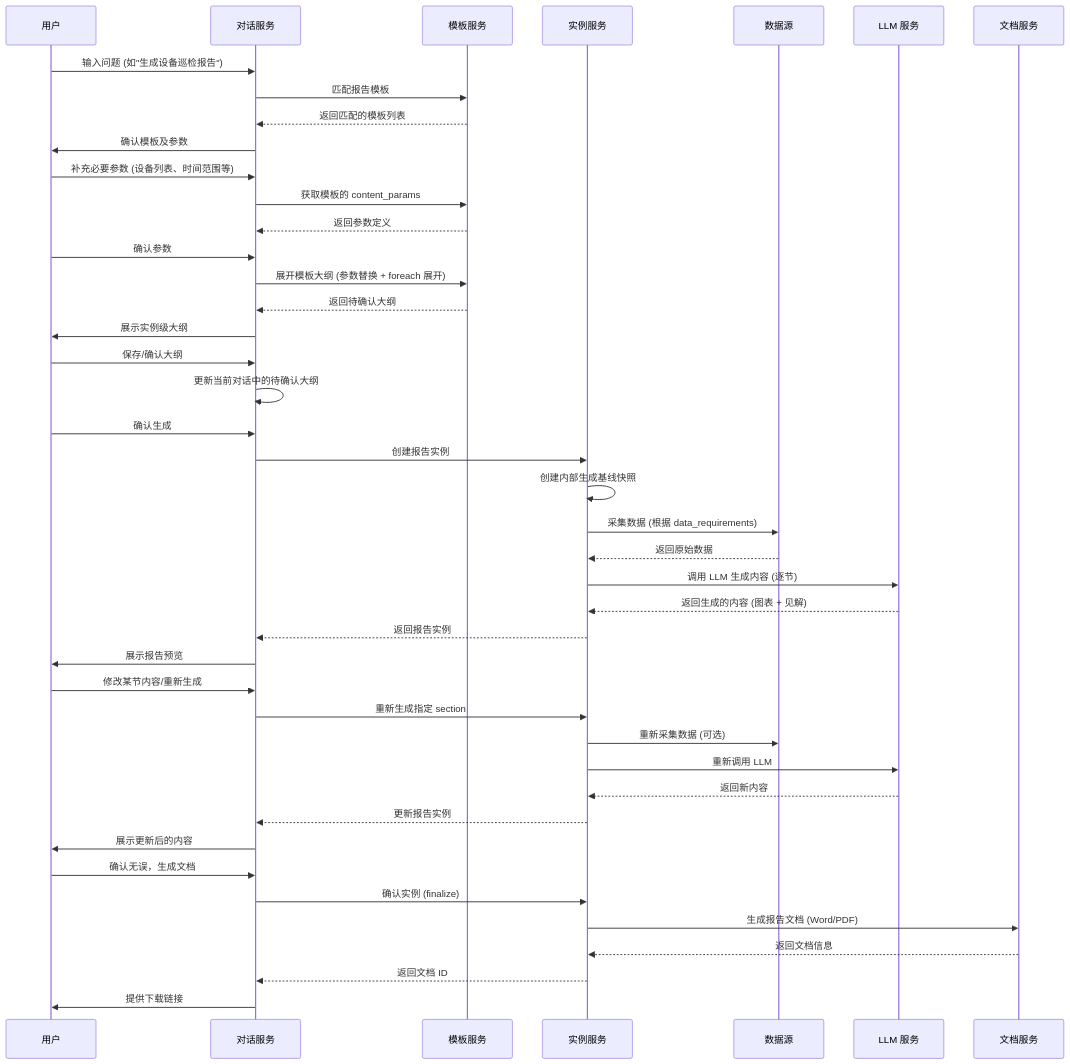
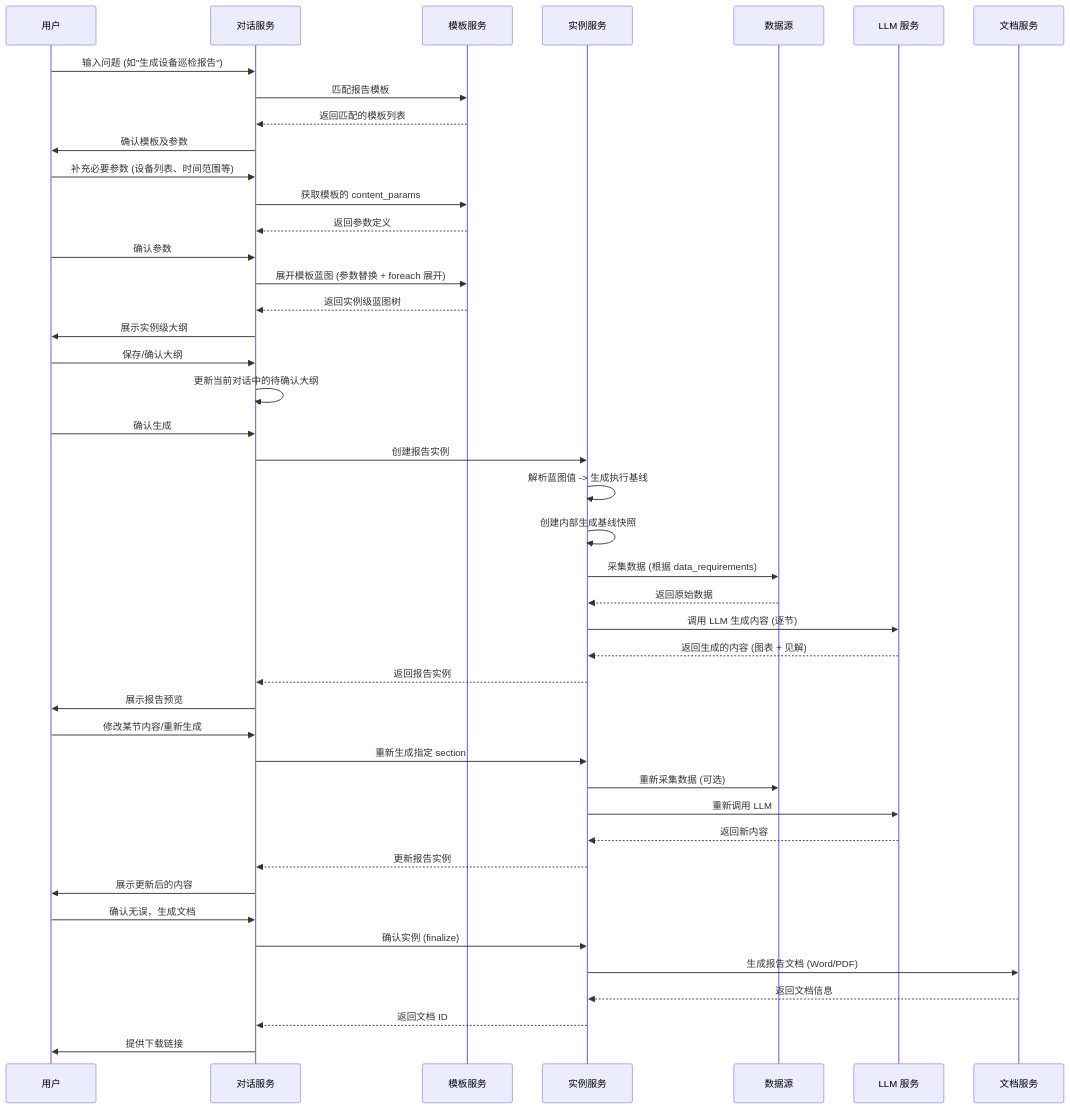
The second of 6 diagrams in design/design.md (shel447/ReportSystem), drawn with Mermaid before and after one commit. The commit also changed other lines of this file and 27 other files, not shown here.

Commit message:
feat: align template outline blueprints with execution flow

````diff
--- a/design/design.md
+++ b/design/design.md
@@ -103,57 +105,58 @@
 ```mermaid
 sequenceDiagram
     participant User as 用户
     participant Chat as 对话服务
     participant Template as 模板服务
     participant Instance as 实例服务
     participant Data as 数据源
     participant LLM as LLM 服务
     participant Doc as 文档服务
 
     %% 阶段 1: 模板匹配
     User->>Chat: 输入问题 (如"生成设备巡检报告")
     Chat->>Template: 匹配报告模板
     Template-->>Chat: 返回匹配的模板列表
     Chat->>User: 确认模板及参数
 
     %% 阶段 2: 参数收集
     User->>Chat: 补充必要参数 (设备列表、时间范围等)
     Chat->>Template: 获取模板的 content_params
     Template-->>Chat: 返回参数定义
 
-    %% 阶段 3: 大纲确认
+    %% 阶段 3: 蓝图实例化与大纲确认
     User->>Chat: 确认参数
-    Chat->>Template: 展开模板大纲 (参数替换 + foreach 展开)
-    Template-->>Chat: 返回待确认大纲
+    Chat->>Template: 展开模板蓝图 (参数替换 + foreach 展开)
+    Template-->>Chat: 返回实例级蓝图树
     Chat->>User: 展示实例级大纲
     User->>Chat: 保存/确认大纲
     Chat->>Chat: 更新当前对话中的待确认大纲
 
     %% 阶段 4: 生成报告实例
     User->>Chat: 确认生成
     Chat->>Instance: 创建报告实例
+    Instance->>Instance: 解析蓝图值 -> 生成执行基线
     Instance->>Instance: 创建内部生成基线快照
     Instance->>Data: 采集数据 (根据 data_requirements)
     Data-->>Instance: 返回原始数据
     Instance->>LLM: 调用 LLM 生成内容 (逐节)
     LLM-->>Instance: 返回生成的内容 (图表 + 见解)
     Instance-->>Chat: 返回报告实例
     Chat->>User: 展示报告预览
 
     %% 阶段 5: 修改与重新生成
     User->>Chat: 修改某节内容/重新生成
     Chat->>Instance: 重新生成指定 section
     Instance->>Data: 重新采集数据 (可选)
     Instance->>LLM: 重新调用 LLM
     LLM-->>Instance: 返回新内容
     Instance-->>Chat: 更新报告实例
     Chat->>User: 展示更新后的内容
 
     %% 阶段 6: 生成文档
     User->>Chat: 确认无误，生成文档
     Chat->>Instance: 确认实例 (finalize)
     Instance->>Doc: 生成报告文档 (Word/PDF)
     Doc-->>Instance: 返回文档信息
     Instance-->>Chat: 返回文档 ID
     Chat->>User: 提供下载链接
 ```
````
